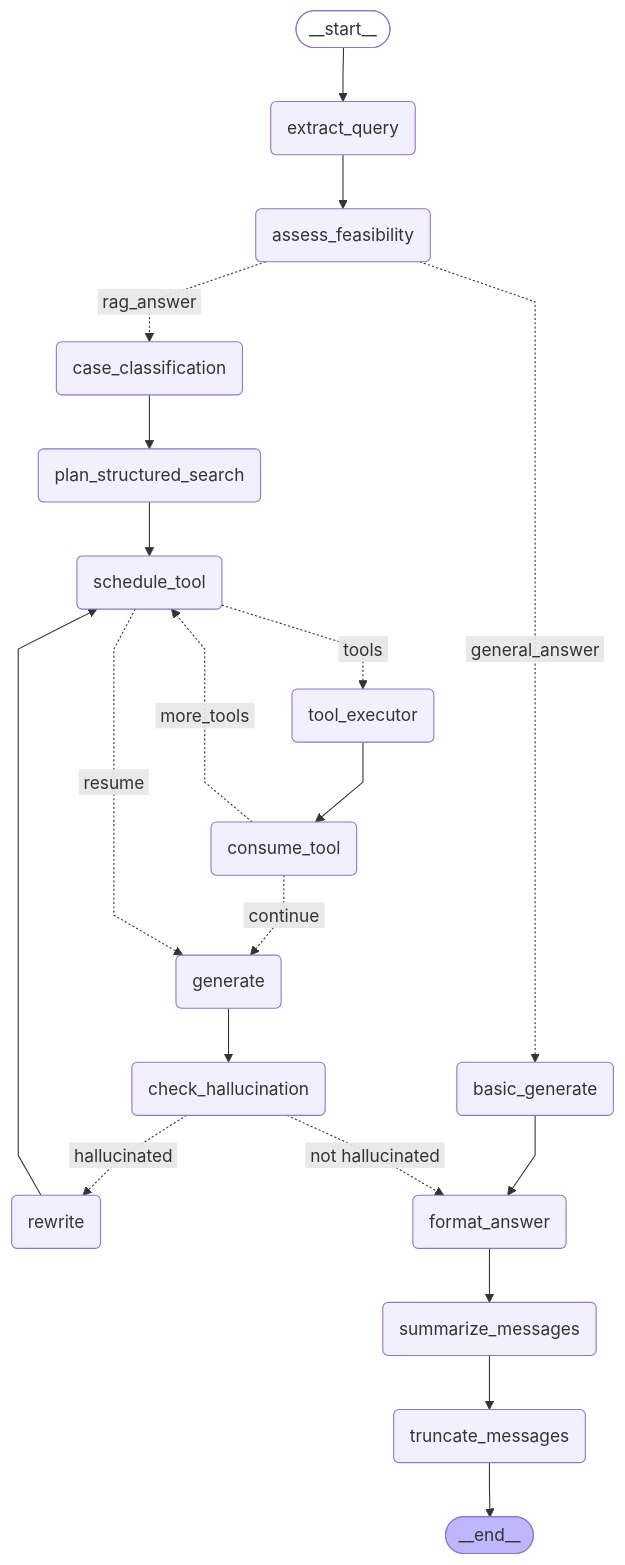
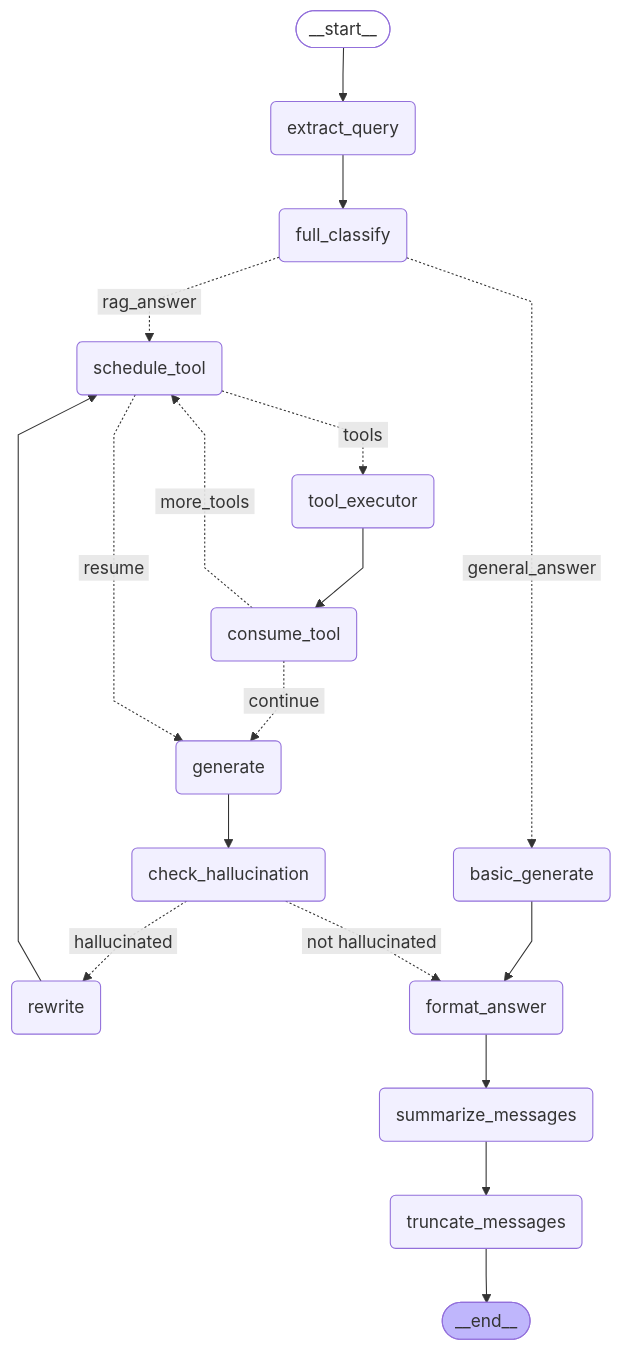
Before and after one commit to da-itdaing/chatbot: the diagram in chatbot/artifacts/graphs/consumer_graph.mmd, drawn with Mermaid. The commit also changed 1 other file, not shown here.

```diff
--- a/chatbot/artifacts/graphs/consumer_graph.mmd
+++ b/chatbot/artifacts/graphs/consumer_graph.mmd
@@ -1,44 +1,40 @@
 ---
 config:
   flowchart:
     curve: linear
 ---
 graph TD;
 	__start__([<p>__start__</p>]):::first
 	extract_query(extract_query)
-	assess_feasibility(assess_feasibility)
-	case_classification(case_classification)
-	plan_structured_search(plan_structured_search)
+	full_classify(full_classify)
 	schedule_tool(schedule_tool)
 	consume_tool(consume_tool)
 	tool_executor(tool_executor)
 	generate(generate)
 	check_hallucination(check_hallucination)
 	rewrite(rewrite)
 	basic_generate(basic_generate)
 	format_answer(format_answer)
 	summarize_messages(summarize_messages)
 	truncate_messages(truncate_messages)
 	__end__([<p>__end__</p>]):::last
 	__start__ --> extract_query;
-	assess_feasibility -. &nbsp;general_answer&nbsp; .-> basic_generate;
-	assess_feasibility -. &nbsp;rag_answer&nbsp; .-> case_classification;
 	basic_generate --> format_answer;
-	case_classification --> plan_structured_search;
 	check_hallucination -. &nbsp;not hallucinated&nbsp; .-> format_answer;
 	check_hallucination -. &nbsp;hallucinated&nbsp; .-> rewrite;
 	consume_tool -. &nbsp;continue&nbsp; .-> generate;
 	consume_tool -. &nbsp;more_tools&nbsp; .-> schedule_tool;
-	extract_query --> assess_feasibility;
+	extract_query --> full_classify;
 	format_answer --> summarize_messages;
+	full_classify -. &nbsp;general_answer&nbsp; .-> basic_generate;
+	full_classify -. &nbsp;rag_answer&nbsp; .-> schedule_tool;
 	generate --> check_hallucination;
-	plan_structured_search --> schedule_tool;
 	rewrite --> schedule_tool;
 	schedule_tool -. &nbsp;resume&nbsp; .-> generate;
 	schedule_tool -. &nbsp;tools&nbsp; .-> tool_executor;
 	summarize_messages --> truncate_messages;
 	tool_executor --> consume_tool;
 	truncate_messages --> __end__;
 	classDef default fill:#f2f0ff,line-height:1.2
 	classDef first fill-opacity:0
 	classDef last fill:#bfb6fc
```
